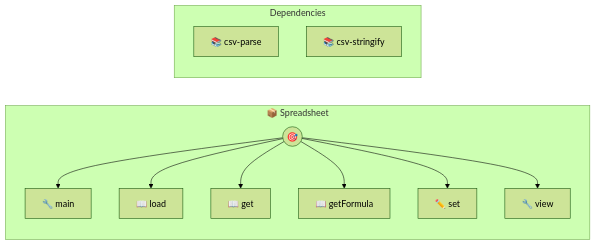
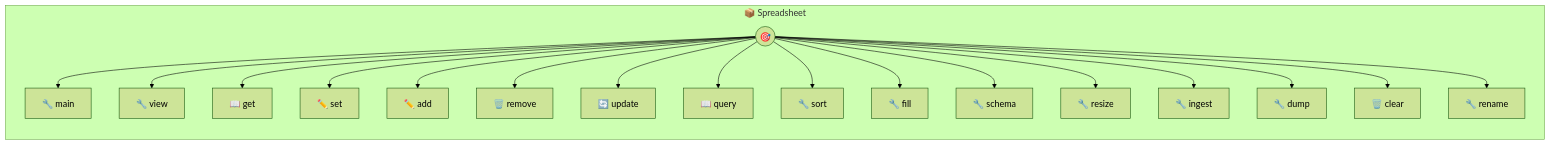
The diagram in spreadsheet.md (portel-dev/photons), drawn with Mermaid (forest theme) before and after one commit. The commit also changed other lines of this file and 4 other files, not shown here.

````diff
--- a/spreadsheet.md
+++ b/spreadsheet.md
@@ -127,25 +299,39 @@
 ```mermaid
 flowchart LR
     subgraph spreadsheet["📦 Spreadsheet"]
         direction TB
         PHOTON((🎯))
         T0[🔧 main]
         PHOTON --> T0
-        T1[📖 load]
+        T1[🔧 view]
         PHOTON --> T1
         T2[📖 get]
         PHOTON --> T2
-        T3[📖 getFormula]
+        T3[✏️ set]
         PHOTON --> T3
-        T4[✏️ set]
+        T4[✏️ add]
         PHOTON --> T4
-        T5[🔧 view]
+        T5[🗑️ remove]
         PHOTON --> T5
-    end
-
-    subgraph deps["Dependencies"]
-        direction TB
-        NPM0[📚 csv-parse]
-        NPM1[📚 csv-stringify]
+        T6[🔄 update]
+        PHOTON --> T6
+        T7[📖 query]
+        PHOTON --> T7
+        T8[🔧 sort]
+        PHOTON --> T8
+        T9[🔧 fill]
+        PHOTON --> T9
+        T10[🔧 schema]
+        PHOTON --> T10
+        T11[🔧 resize]
+        PHOTON --> T11
+        T12[🔧 ingest]
+        PHOTON --> T12
+        T13[🔧 dump]
+        PHOTON --> T13
+        T14[🗑️ clear]
+        PHOTON --> T14
+        T15[🔧 rename]
+        PHOTON --> T15
     end
 ```
````
